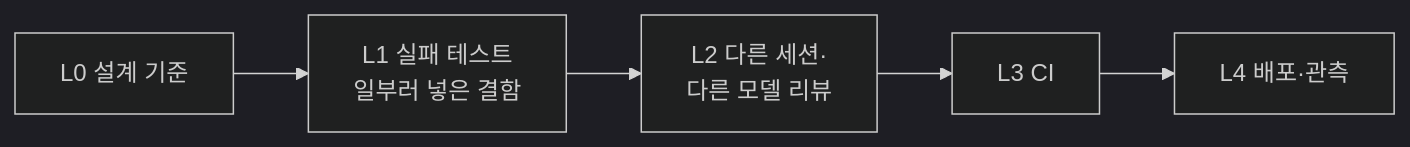
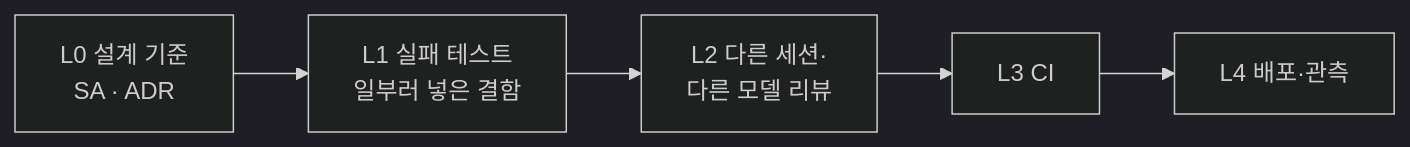
The tenth of 10 diagrams in README.md (GGangMY/high-quality-ticketing-system), drawn with Mermaid (dark theme) before and after one commit. The commit also changed other lines of this file and 2 other files, not shown here.

````diff
--- a/README.md
+++ b/README.md
@@ -337,7 +331,7 @@
 ```mermaid
 flowchart LR
-  L0["L0 설계 기준"] --> L1["L1 실패 테스트<br/>일부러 넣은 결함"]
+  L0["L0 설계 기준<br/>SA · ADR"] --> L1["L1 실패 테스트<br/>일부러 넣은 결함"]
   L1 --> L2["L2 다른 세션·<br/>다른 모델 리뷰"]
   L2 --> L3["L3 CI"]
   L3 --> L4["L4 배포·관측"]
 ```
````
